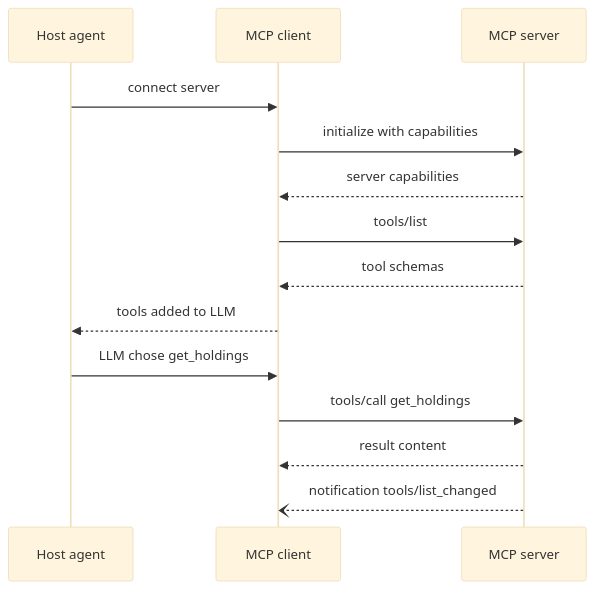
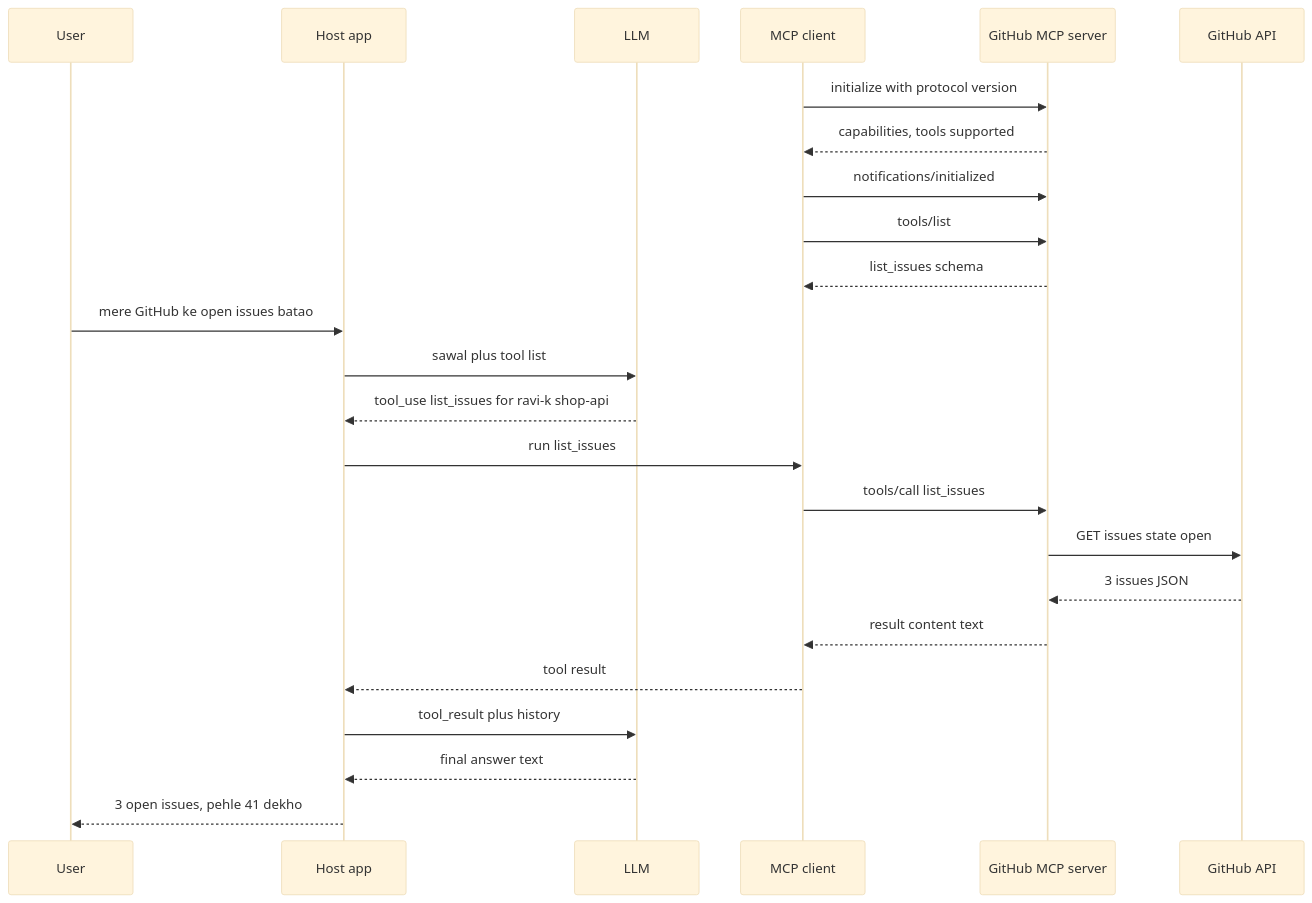
The seventh of 15 diagrams in content/11-agentic/07-tools-mcp-a2a.md (flow6979/viewinter), drawn with Mermaid (base theme) before and after one commit. The commit also changed other lines of this file and 26 other files, not shown here.

First line of the commit message:
Agentic AI: rewrite all 13 pages to explain from scratch; animate diagrams on every article

````diff
--- a/content/11-agentic/07-tools-mcp-a2a.md
+++ b/content/11-agentic/07-tools-mcp-a2a.md
@@ -94,16 +374,26 @@
 ```mermaid
 sequenceDiagram
-    participant H as Host agent
+    participant U as User
+    participant H as Host app
+    participant L as LLM
     participant C as MCP client
-    participant S as MCP server
-    H->>C: connect server
-    C->>S: initialize with capabilities
-    S-->>C: server capabilities
+    participant S as GitHub MCP server
+    participant G as GitHub API
+    C->>S: initialize with protocol version
+    S-->>C: capabilities, tools supported
+    C->>S: notifications/initialized
     C->>S: tools/list
-    S-->>C: tool schemas
-    C-->>H: tools added to LLM
-    H->>C: LLM chose get_holdings
-    C->>S: tools/call get_holdings
-    S-->>C: result content
-    S--)C: notification tools/list_changed
+    S-->>C: list_issues schema
+    U->>H: mere GitHub ke open issues batao
+    H->>L: sawal plus tool list
+    L-->>H: tool_use list_issues for ravi-k shop-api
+    H->>C: run list_issues
+    C->>S: tools/call list_issues
+    S->>G: GET issues state open
+    G-->>S: 3 issues JSON
+    S-->>C: result content text
+    C-->>H: tool result
+    H->>L: tool_result plus history
+    L-->>H: final answer text
+    H-->>U: 3 open issues, pehle 41 dekho
 ```
````
